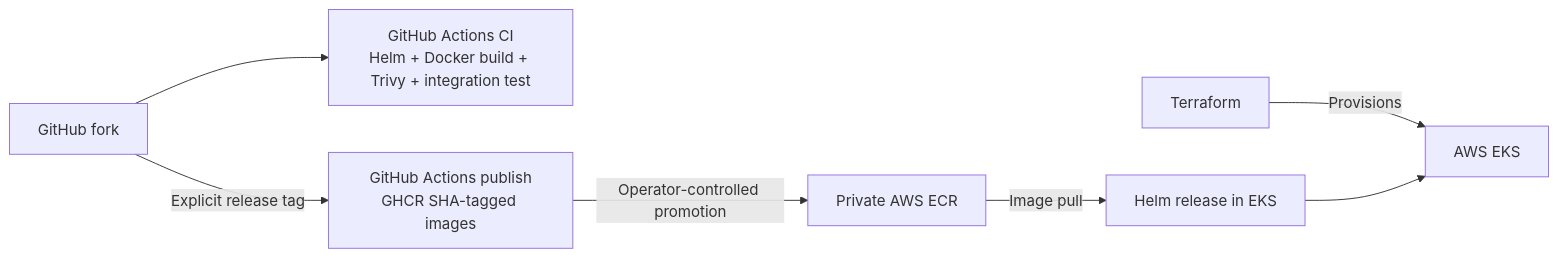
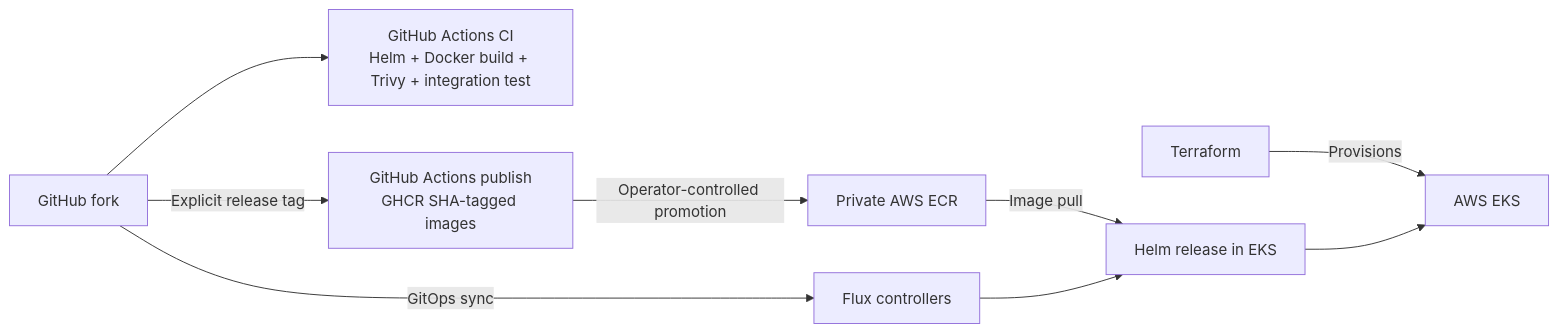
One commit to KayceeJayy/example-voting-app changed the second of 2 diagrams in README.md. Above: the diagram before and after it, drawn with Mermaid. The commit also changed other lines of this file, not shown here.

````diff
--- a/README.md
+++ b/README.md
@@ -39,9 +39,11 @@
 ```mermaid
 flowchart LR
     Repo[GitHub fork] --> CI[GitHub Actions CI\nHelm + Docker build + Trivy + integration test]
     Repo -->|Explicit release tag| GHCR[GitHub Actions publish\nGHCR SHA-tagged images]
     GHCR -->|Operator-controlled promotion| ECR[Private AWS ECR]
     Terraform[Terraform] -->|Provisions| EKS[AWS EKS]
     ECR -->|Image pull| Helm[Helm release in EKS]
+    Repo -->|GitOps sync| Flux[Flux controllers]
+    Flux --> Helm
     Helm --> EKS
 ```
````
